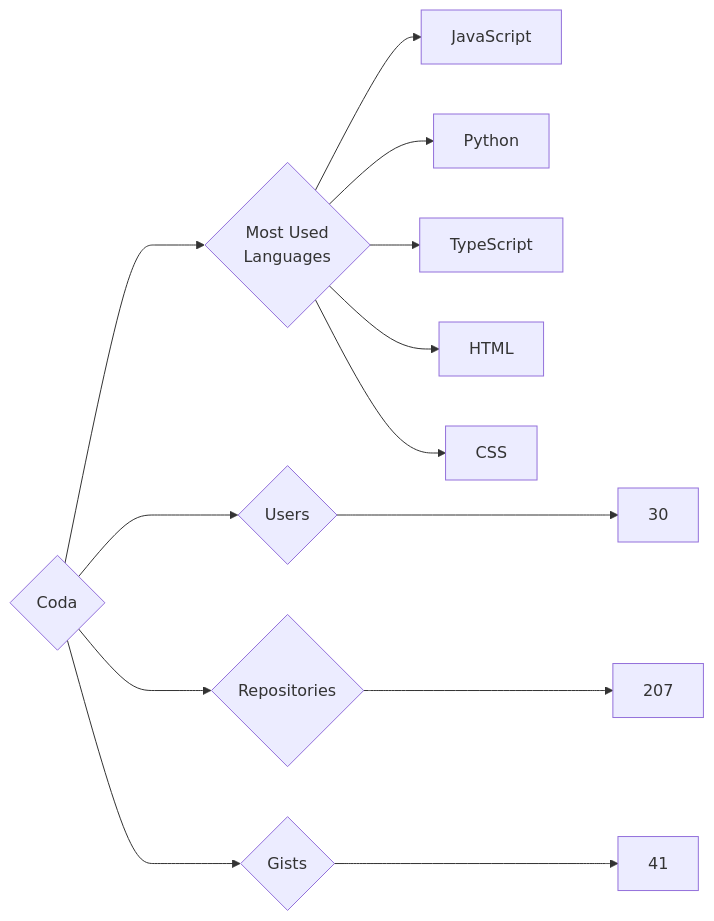
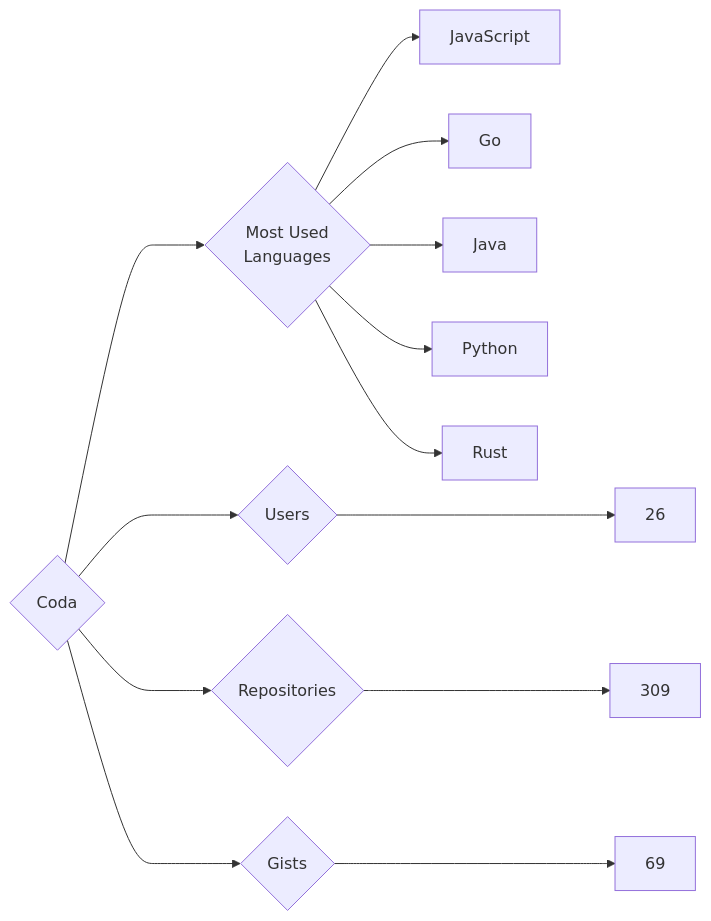
One commit to trickest/insiders changed the diagram in targets/Coda/README.md. Above: the diagram before and after it, drawn with Mermaid. The commit also changed 644 other files, not shown here.

````diff
--- a/targets/Coda/README.md
+++ b/targets/Coda/README.md
@@ -3,13 +3,13 @@
 ```mermaid
 graph LR
 COMPANY_NAME{Coda}
-COMPANY_NAME ---> U{Users} ---> UN[30]
-COMPANY_NAME ---> R{Repositories} ---> RN[207]
-COMPANY_NAME ---> G{Gists} ---> GN[41]
+COMPANY_NAME ---> U{Users} ---> UN[26]
+COMPANY_NAME ---> R{Repositories} ---> RN[309]
+COMPANY_NAME ---> G{Gists} ---> GN[69]
 COMPANY_NAME ---> ML{Most Used<br>Languages}
 ML --> JavaScript[JavaScript]
+ML --> Go[Go]
+ML --> Java[Java]
 ML --> Python[Python]
-ML --> TypeScript[TypeScript]
-ML --> HTML[HTML]
-ML --> CSS[CSS]
+ML --> Rust[Rust]
 ```
````
